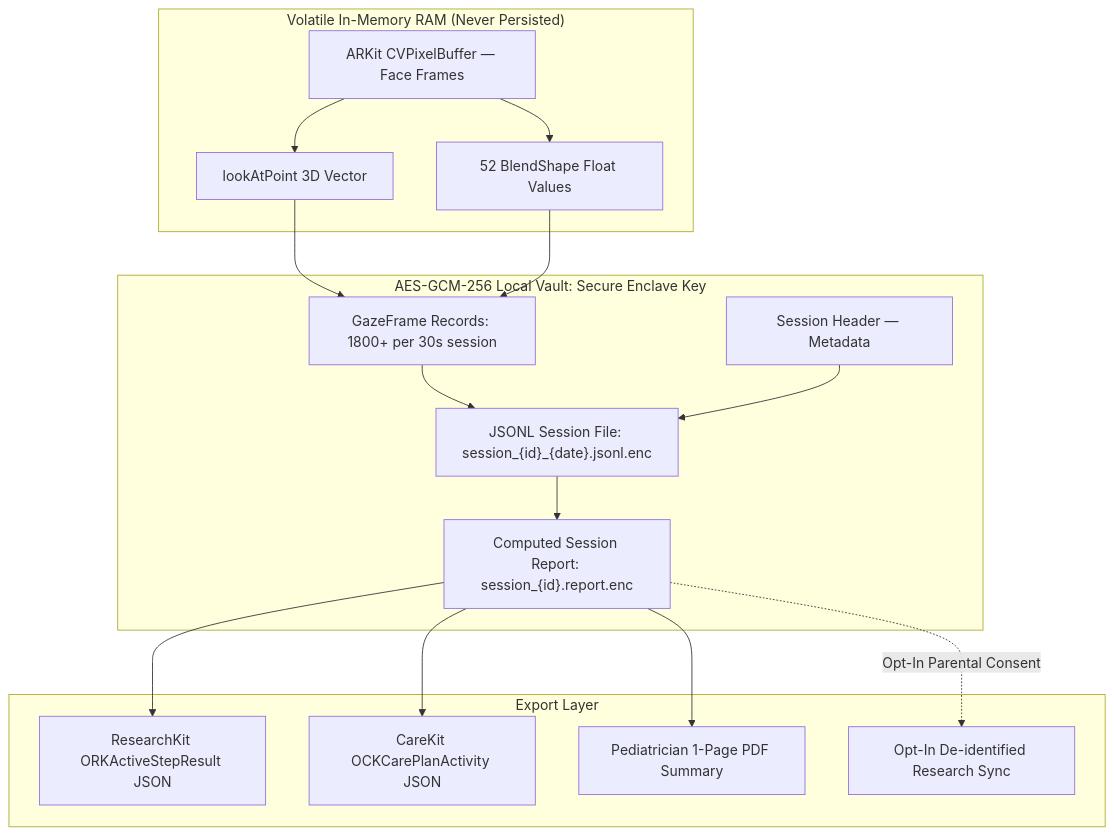
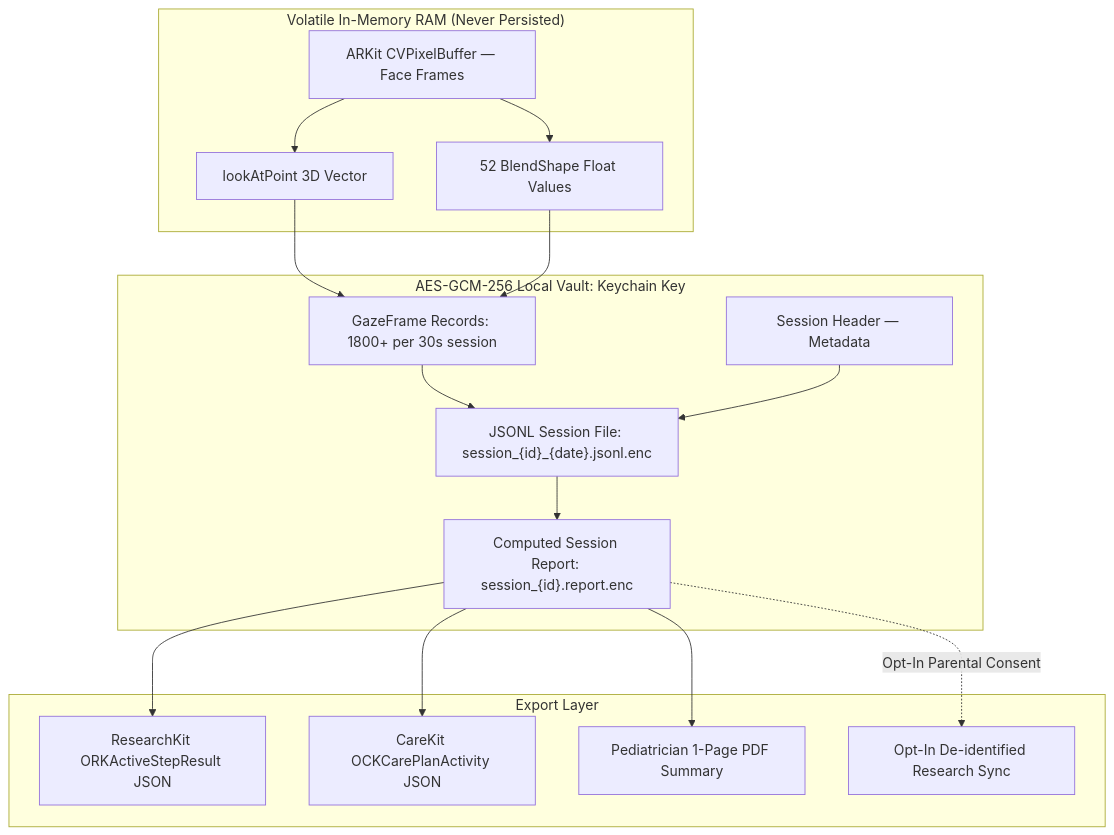
The first of 2 diagrams in domains/asd_screening/docs/DATA_STORAGE_AND_PIPELINE.md (bishalg/vision-perception), drawn with Mermaid before and after one commit. The commit also changed other lines of this file and 11 other files, not shown here.

Commit message:
docs: drift sweep and roadmap status for WP-A.4, C.1, D.4, E.3

````diff
--- a/domains/asd_screening/docs/DATA_STORAGE_AND_PIPELINE.md
+++ b/domains/asd_screening/docs/DATA_STORAGE_AND_PIPELINE.md
@@ -12,29 +12,29 @@
 ```mermaid
 flowchart TD
     subgraph Volatile_Memory["Volatile In-Memory RAM (Never Persisted)"]
         ARK[ARKit CVPixelBuffer — Face Frames]
         BLND[52 BlendShape Float Values]
         LOOK[lookAtPoint 3D Vector]
     end
 
-    subgraph On_Device["AES-GCM-256 Local Vault: Secure Enclave Key"]
+    subgraph On_Device["AES-GCM-256 Local Vault: Keychain Key"]
         RAW["JSONL Session File: session_{id}_{date}.jsonl.enc"]
         HDR[Session Header — Metadata]
         FRAMES[GazeFrame Records: 1800+ per 30s session]
         REPORT["Computed Session Report: session_{id}.report.enc"]
     end
 
     subgraph Export_Layer["Export Layer"]
         RK[ResearchKit ORKActiveStepResult JSON]
         CK[CareKit OCKCarePlanActivity JSON]
         PDF[Pediatrician 1-Page PDF Summary]
         SYNC[Opt-In De-identified Research Sync]
     end
 
     ARK --> LOOK & BLND
     LOOK & BLND --> FRAMES --> RAW
     HDR --> RAW
     RAW --> REPORT
     REPORT --> RK & CK & PDF
     REPORT -.->|Opt-In Parental Consent| SYNC
 ```
````
